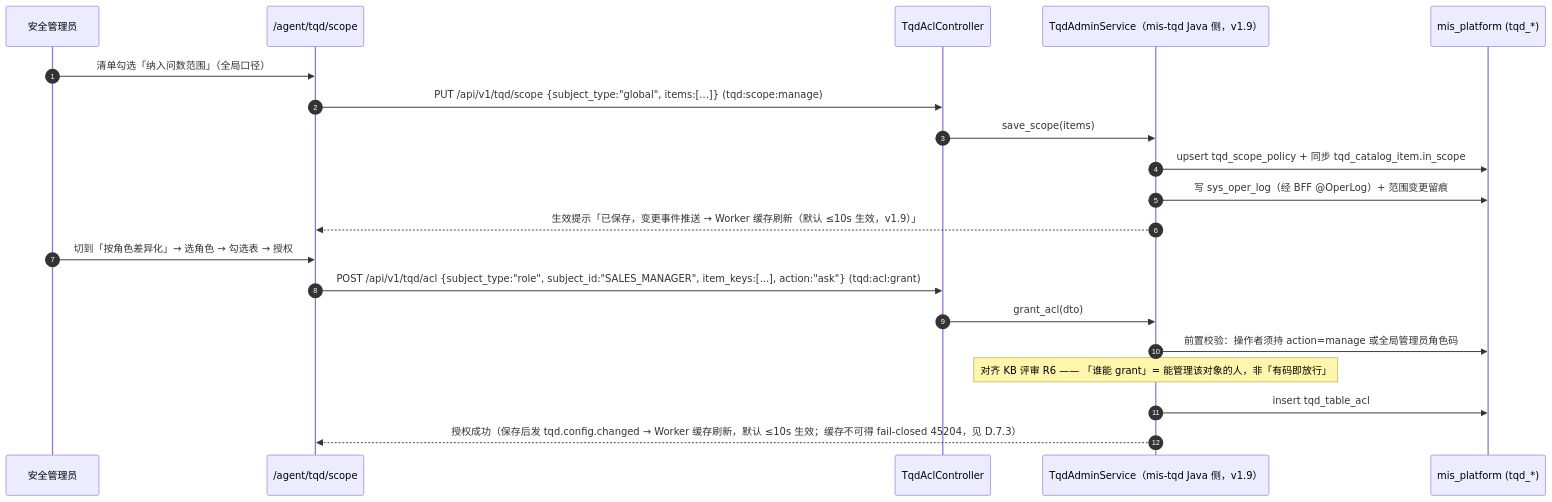
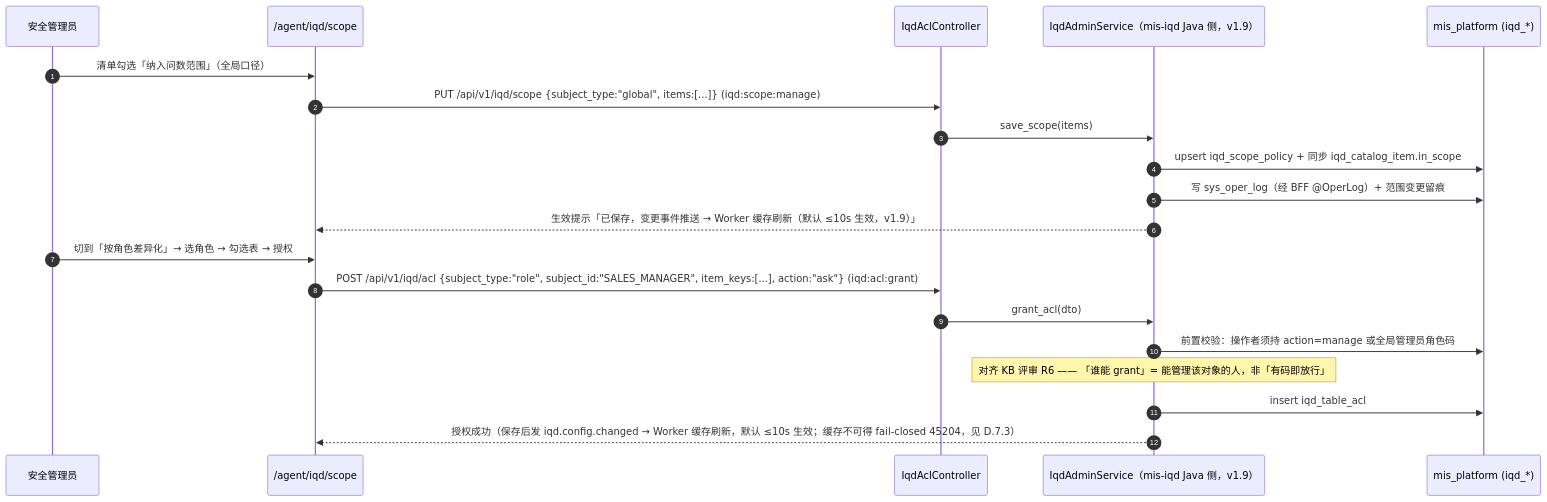
The eighth of 11 diagrams in docs/ai-fusion/wrenai/architecture.md (13961588612/mis-platform), drawn with Mermaid before and after one commit. The commit also changed other lines of this file and 12 other files, not shown here.

First line of the commit message:
docs(wrenai): rename module/table prefix tqd -> iqd (mis-tqd -> mis-iqd, tqd_* -> iqd_*)

````diff
--- a/docs/ai-fusion/wrenai/architecture.md
+++ b/docs/ai-fusion/wrenai/architecture.md
@@ -1910,24 +1910,24 @@
 ```mermaid
 sequenceDiagram
     autonumber
     participant SEC as 安全管理员
-    participant SP as /agent/tqd/scope
-    participant BFF as TqdAclController
-    participant SVC as TqdAdminService（mis-tqd Java 侧，v1.9）
-    participant DB as mis_platform (tqd_*)
+    participant SP as /agent/iqd/scope
+    participant BFF as IqdAclController
+    participant SVC as IqdAdminService（mis-iqd Java 侧，v1.9）
+    participant DB as mis_platform (iqd_*)
 
     SEC->>SP: 清单勾选「纳入问数范围」（全局口径）
-    SP->>BFF: PUT /api/v1/tqd/scope {subject_type:"global", items:[...]} (tqd:scope:manage)
+    SP->>BFF: PUT /api/v1/iqd/scope {subject_type:"global", items:[...]} (iqd:scope:manage)
     BFF->>SVC: save_scope(items)
-    SVC->>DB: upsert tqd_scope_policy + 同步 tqd_catalog_item.in_scope
+    SVC->>DB: upsert iqd_scope_policy + 同步 iqd_catalog_item.in_scope
     SVC->>DB: 写 sys_oper_log（经 BFF @OperLog）+ 范围变更留痕
     SVC-->>SP: 生效提示「已保存，变更事件推送 → Worker 缓存刷新（默认 ≤10s 生效，v1.9）」
 
     SEC->>SP: 切到「按角色差异化」→ 选角色 → 勾选表 → 授权
-    SP->>BFF: POST /api/v1/tqd/acl {subject_type:"role", subject_id:"SALES_MANAGER", item_keys:[...], action:"ask"} (tqd:acl:grant)
+    SP->>BFF: POST /api/v1/iqd/acl {subject_type:"role", subject_id:"SALES_MANAGER", item_keys:[...], action:"ask"} (iqd:acl:grant)
     BFF->>SVC: grant_acl(dto)
     SVC->>DB: 前置校验：操作者须持 action=manage 或全局管理员角色码
     Note over SVC: 对齐 KB 评审 R6 —— 「谁能 grant」= 能管理该对象的人，非「有码即放行」
-    SVC->>DB: insert tqd_table_acl
-    SVC-->>SP: 授权成功（保存后发 tqd.config.changed → Worker 缓存刷新，默认 ≤10s 生效；缓存不可得 fail-closed 45204，见 D.7.3）
+    SVC->>DB: insert iqd_table_acl
+    SVC-->>SP: 授权成功（保存后发 iqd.config.changed → Worker 缓存刷新，默认 ≤10s 生效；缓存不可得 fail-closed 45204，见 D.7.3）
 ```
````
